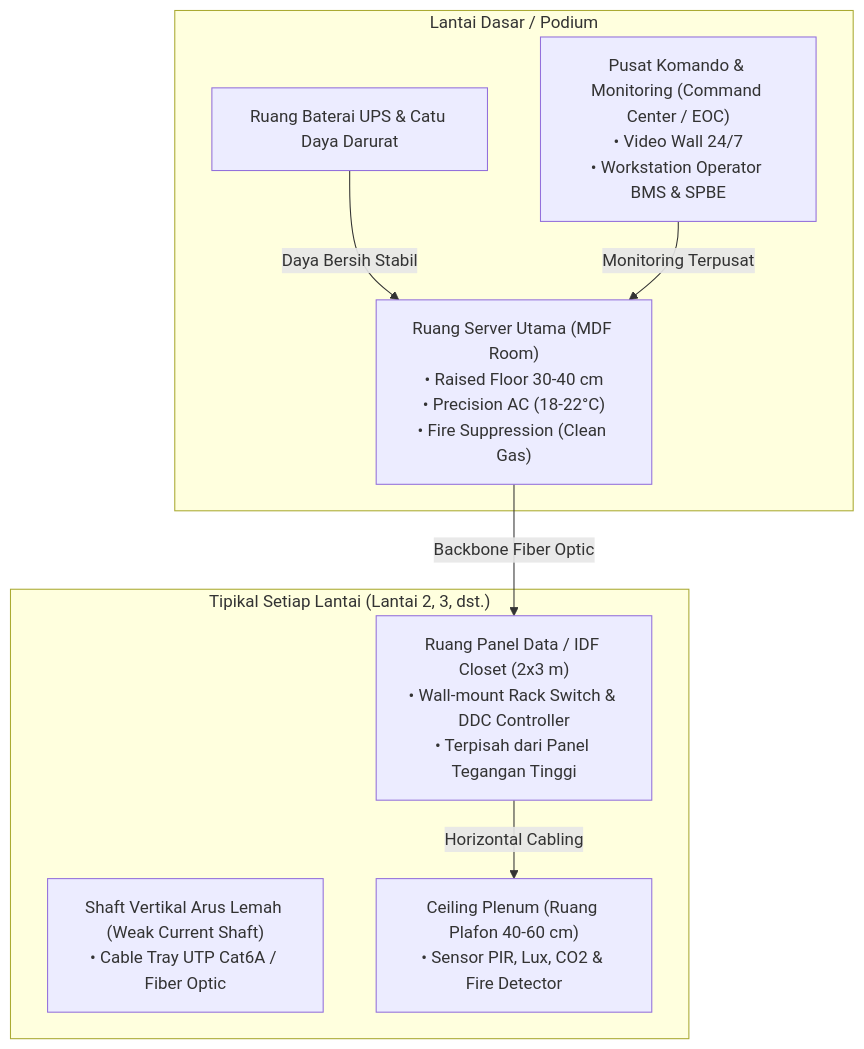
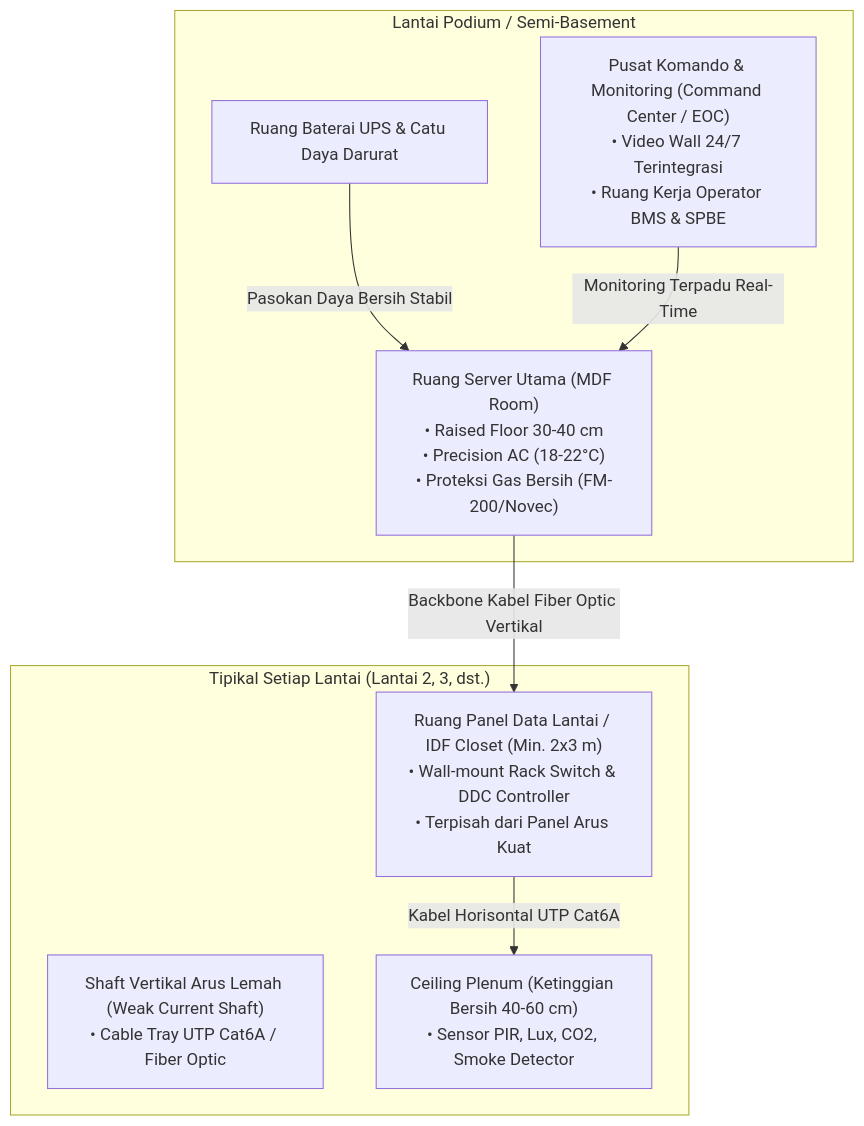
The second of 2 diagrams in audit_mahasiswa/laporan_audit_seminar_arsitektur_arya_rizqi_putra_mahardika.md (antonprafanto/thesis-consultation), drawn with Mermaid before and after one commit. The commit also changed other lines of this file, not shown here.

````diff
--- a/audit_mahasiswa/laporan_audit_seminar_arsitektur_arya_rizqi_putra_mahardika.md
+++ b/audit_mahasiswa/laporan_audit_seminar_arsitektur_arya_rizqi_putra_mahardika.md
@@ -162,19 +199,19 @@
 ```mermaid
 flowchart TD
-    subgraph LANTAI_DASAR["Lantai Dasar / Podium"]
-        MDF["Ruang Server Utama (MDF Room)<br/>• Raised Floor 30-40 cm<br/>• Precision AC (18-22°C)<br/>• Fire Suppression (Clean Gas)"]
+    subgraph LANTAI_PODIUM["Lantai Podium / Semi-Basement"]
+        MDF["Ruang Server Utama (MDF Room)<br/>• Raised Floor 30-40 cm<br/>• Precision AC (18-22°C)<br/>• Proteksi Gas Bersih (FM-200/Novec)"]
         UPS["Ruang Baterai UPS & Catu Daya Darurat"]
-        EOC["Pusat Komando & Monitoring (Command Center / EOC)<br/>• Video Wall 24/7<br/>• Workstation Operator BMS & SPBE"]
+        EOC["Pusat Komando & Monitoring (Command Center / EOC)<br/>• Video Wall 24/7 Terintegrasi<br/>• Ruang Kerja Operator BMS & SPBE"]
     end
     
-    subgraph TIAP_LANTAI_GEDUNG["Tipikal Setiap Lantai (Lantai 2, 3, dst.)"]
-        IDF["Ruang Panel Data / IDF Closet (2x3 m)<br/>• Wall-mount Rack Switch & DDC Controller<br/>• Terpisah dari Panel Tegangan Tinggi"]
+    subgraph SETIAP_LANTAI_GEDUNG["Tipikal Setiap Lantai (Lantai 2, 3, dst.)"]
+        IDF["Ruang Panel Data Lantai / IDF Closet (Min. 2x3 m)<br/>• Wall-mount Rack Switch & DDC Controller<br/>• Terpisah dari Panel Arus Kuat"]
         SHAFT["Shaft Vertikal Arus Lemah (Weak Current Shaft)<br/>• Cable Tray UTP Cat6A / Fiber Optic"]
-        PLENUM["Ceiling Plenum (Ruang Plafon 40-60 cm)<br/>• Sensor PIR, Lux, CO2 & Fire Detector"]
+        PLENUM["Ceiling Plenum (Ketinggian Bersih 40-60 cm)<br/>• Sensor PIR, Lux, CO2, Smoke Detector"]
     end
 
-    MDF -->|Backbone Fiber Optic| IDF
-    UPS -->|Daya Bersih Stabil| MDF
-    IDF -->|Horizontal Cabling| PLENUM
-    EOC -->|Monitoring Terpusat| MDF
+    MDF -->|Backbone Kabel Fiber Optic Vertikal| IDF
+    UPS -->|Pasokan Daya Bersih Stabil| MDF
+    IDF -->|Kabel Horisontal UTP Cat6A| PLENUM
+    EOC -->|Monitoring Terpadu Real-Time| MDF
 ```
````
